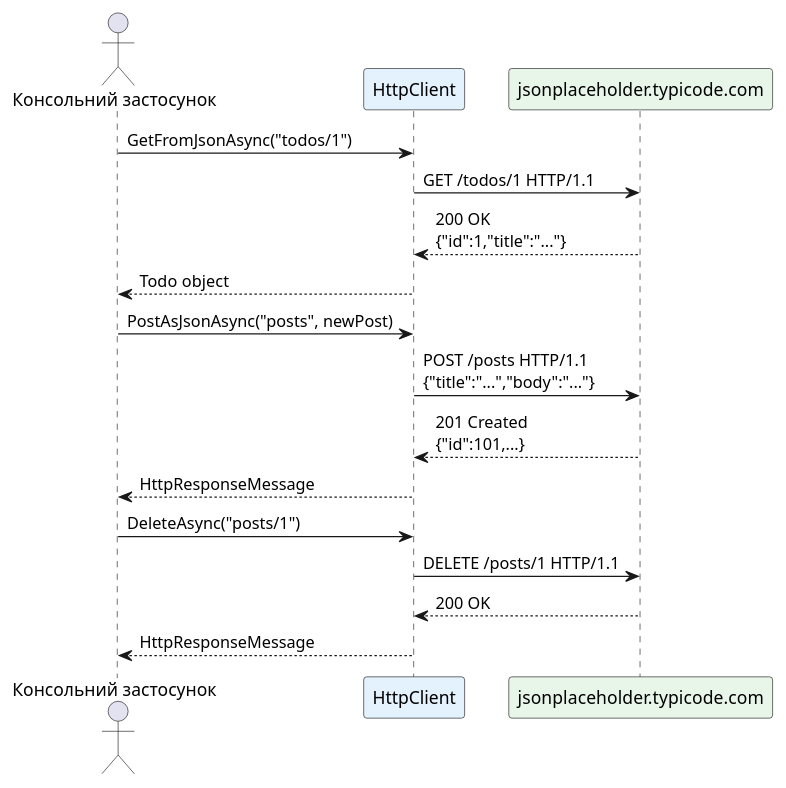
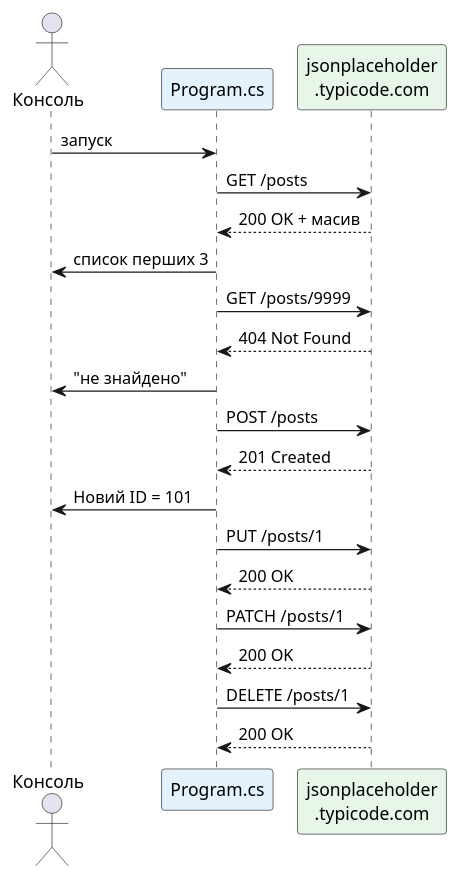
Diagram 13 of 13 in content/01.csharp/13.network-programming/07.http-fundamentals.md (UTUBMIR/kostyl.dev), drawn with PlantUML before and after one commit. The commit also changed other lines of this file and 2 other files, not shown here.

````diff
--- a/content/01.csharp/13.network-programming/07.http-fundamentals.md
+++ b/content/01.csharp/13.network-programming/07.http-fundamentals.md
@@ -2203,26 +2565,33 @@
 ```plantuml
 @startuml
 skinparam style plain
 skinparam backgroundColor #ffffff
 
-actor "Консольний застосунок" as app
-participant "HttpClient" as client #e3f2fd
-participant "jsonplaceholder.typicode.com" as api #e8f5e9
+actor "Консоль" as console
+participant "Program.cs" as app #e3f2fd
+participant "jsonplaceholder\n.typicode.com" as api #e8f5e9
 
-app -> client : GetFromJsonAsync("todos/1")
-client -> api : GET /todos/1 HTTP/1.1
-api --> client : 200 OK\n{"id":1,"title":"..."}
-client --> app : Todo object
+console -> app : запуск
+app -> api : GET /posts
+api --> app : 200 OK + масив
+app -> console : список перших 3
 
-app -> client : PostAsJsonAsync("posts", newPost)
-client -> api : POST /posts HTTP/1.1\n{"title":"...","body":"..."}
-api --> client : 201 Created\n{"id":101,...}
-client --> app : HttpResponseMessage
+app -> api : GET /posts/9999
+api --> app : 404 Not Found
+app -> console : "не знайдено"
 
-app -> client : DeleteAsync("posts/1")
-client -> api : DELETE /posts/1 HTTP/1.1
-api --> client : 200 OK
-client --> app : HttpResponseMessage
+app -> api : POST /posts
+api --> app : 201 Created
+app -> console : Новий ID = 101
+
+app -> api : PUT /posts/1
+api --> app : 200 OK
+
+app -> api : PATCH /posts/1
+api --> app : 200 OK
+
+app -> api : DELETE /posts/1
+api --> app : 200 OK
 
 @enduml
 ```
````
